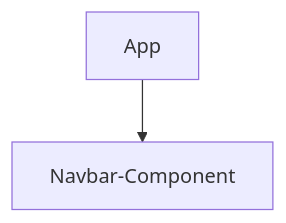
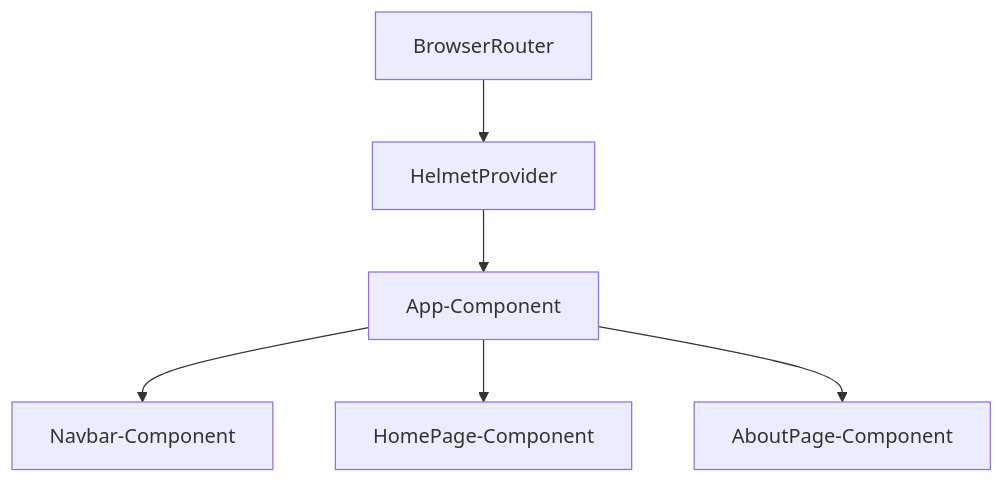
The diagram in README.md (Certsoftt/remwaste), drawn with Mermaid before and after one commit. The commit also changed 4 other files, not shown here.

````diff
--- a/README.md
+++ b/README.md
@@ -62,4 +62,8 @@
 ```mermaid
 graph TD;
-    App-->Navbar-Component
+    BrowserRouter-->HelmetProvider
+    HelmetProvider-->App-Component
+    App-Component-->Navbar-Component
+    App-Component-->HomePage-Component
+    App-Component-->AboutPage-Component
 ```
````
